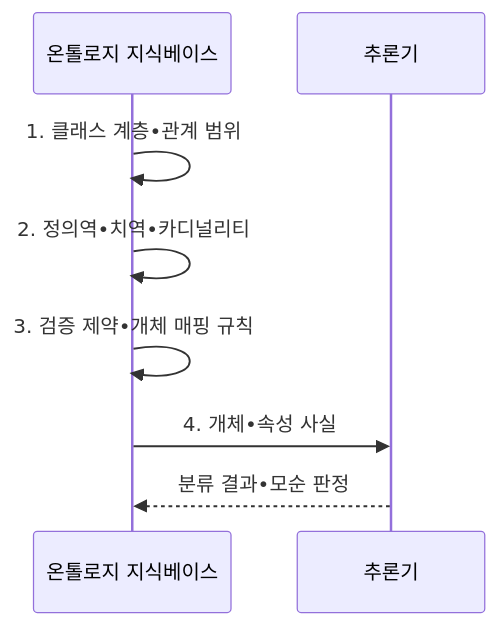
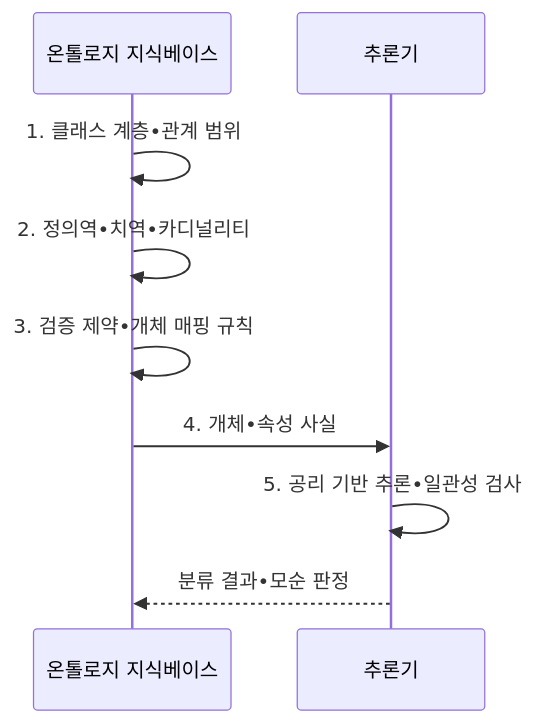
Before and after one commit to agnusdei1207/knowledge-base: the second of 2 diagrams in src/content/docs/notes/08-latest-tech/080_ontology.md, drawn with Mermaid. The commit also changed other lines of this file and 17 other files, not shown here.

````diff
--- a/src/content/docs/notes/08-latest-tech/080_ontology.md
+++ b/src/content/docs/notes/08-latest-tech/080_ontology.md
@@ -107,10 +107,11 @@
 ```mermaid
 sequenceDiagram
   participant K as 온톨로지 지식베이스
   participant R as 추론기
   K->>K: 1. 클래스 계층•관계 범위
   K->>K: 2. 정의역•치역•카디널리티
   K->>K: 3. 검증 제약•개체 매핑 규칙
   K->>R: 4. 개체•속성 사실
+  R->>R: 5. 공리 기반 추론•일관성 검사
   R-->>K: 분류 결과•모순 판정
 ```
````
